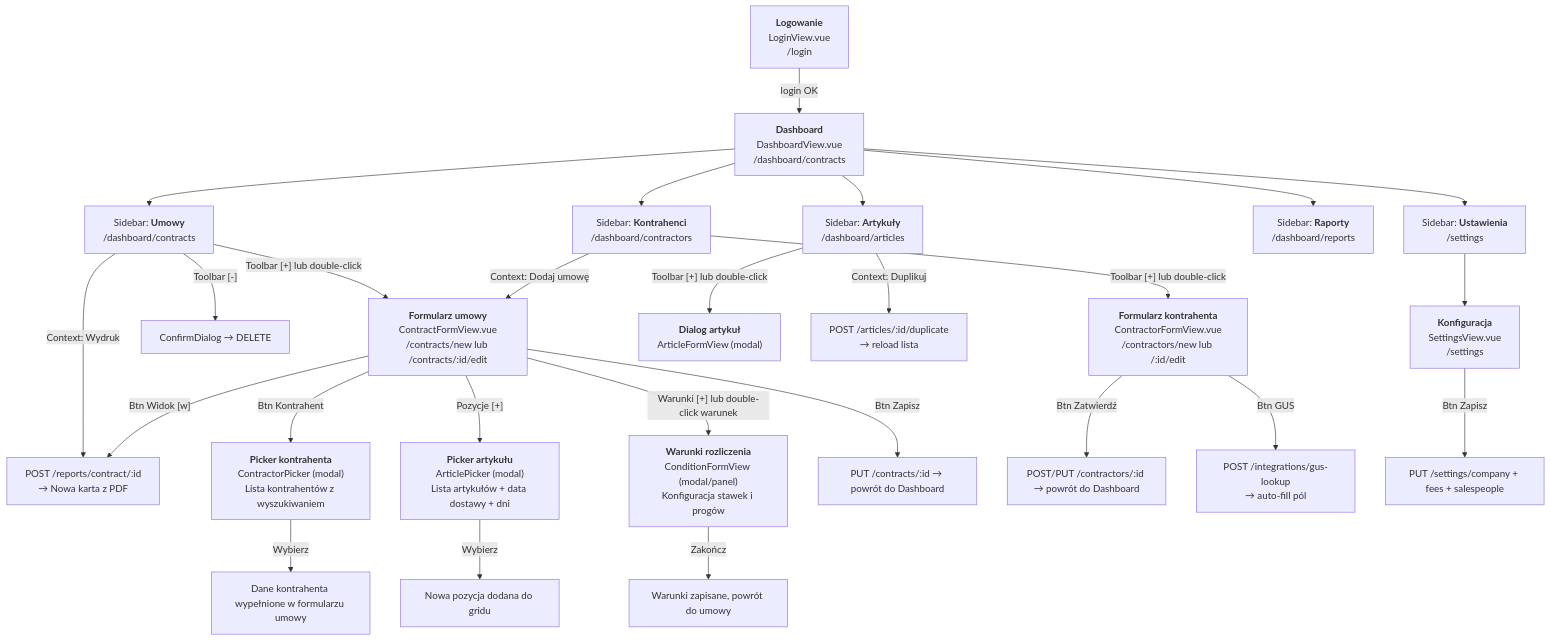
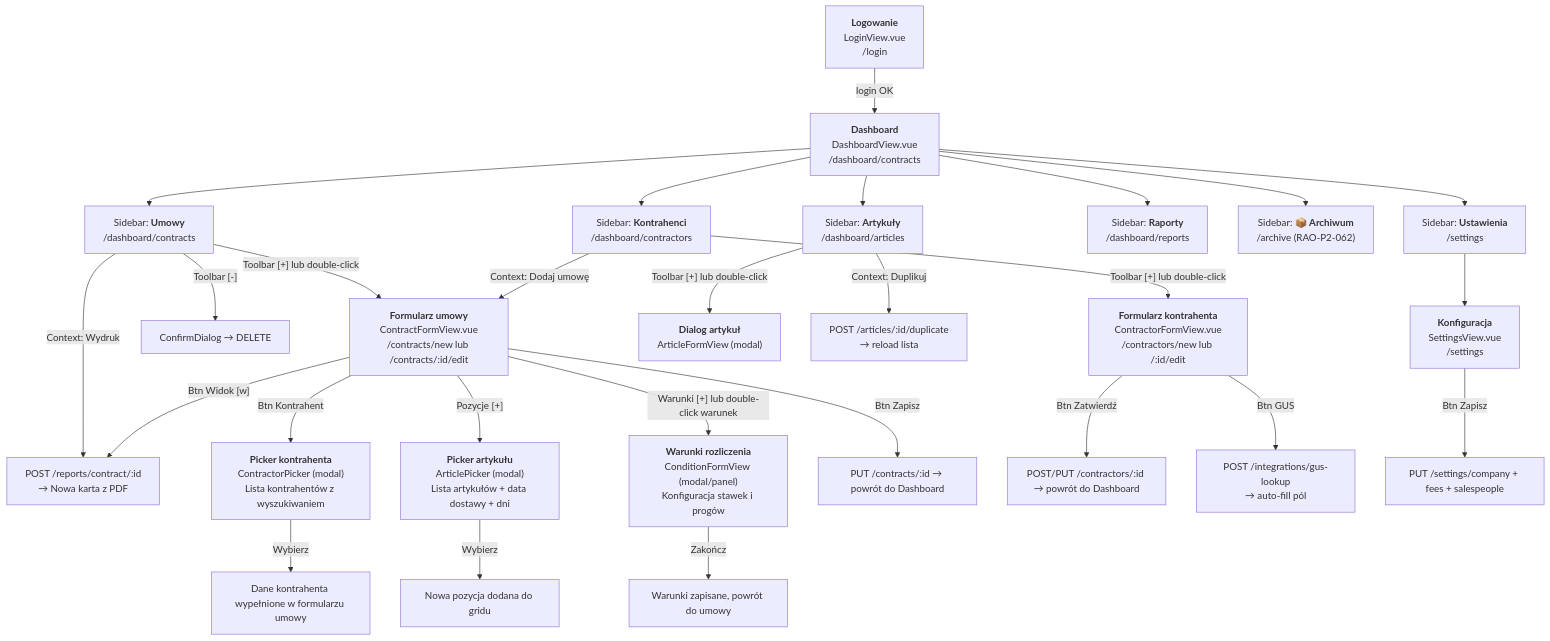
One commit to matsnd/RaoApp changed the diagram in spec/core/06_navigation_flow.md. Above: the diagram before and after it, drawn with Mermaid. The commit also changed 7 other files, not shown here.

First line of the commit message:
feat(archive): RAO-P2-062 Faza 2 — frontend ArchiveView + sidebar + spec sync

````diff
--- a/spec/core/06_navigation_flow.md
+++ b/spec/core/06_navigation_flow.md
@@ -8,36 +8,37 @@
 ```mermaid
 graph TD
     A["<b>Logowanie</b><br/>LoginView.vue<br/>/login"] -->|login OK| B["<b>Dashboard</b><br/>DashboardView.vue<br/>/dashboard/contracts"]
 
     B --> B1["Sidebar: <b>Umowy</b><br/>/dashboard/contracts"]
     B --> B2["Sidebar: <b>Kontrahenci</b><br/>/dashboard/contractors"]
     B --> B3["Sidebar: <b>Artykuły</b><br/>/dashboard/articles"]
     B --> B4["Sidebar: <b>Raporty</b><br/>/dashboard/reports"]
+    B --> B6["Sidebar: <b>📦 Archiwum</b><br/>/archive (RAO-P2-062)"]
     B --> B5["Sidebar: <b>Ustawienia</b><br/>/settings"]
 
     B1 -->|"Toolbar [+] lub double-click"| C["<b>Formularz umowy</b><br/>ContractFormView.vue<br/>/contracts/new lub /contracts/:id/edit"]
     B1 -->|"Toolbar [-]"| D["ConfirmDialog → DELETE"]
     B1 -->|"Context: Wydruk"| E["POST /reports/contract/:id<br/>→ Nowa karta z PDF"]
 
     B2 -->|"Toolbar [+] lub double-click"| F["<b>Formularz kontrahenta</b><br/>ContractorFormView.vue<br/>/contractors/new lub /:id/edit"]
     B2 -->|"Context: Dodaj umowę"| C
 
     B3 -->|"Toolbar [+] lub double-click"| G["<b>Dialog artykuł</b><br/>ArticleFormView (modal)"]
     B3 -->|"Context: Duplikuj"| H["POST /articles/:id/duplicate<br/>→ reload lista"]
 
     C -->|"Btn Kontrahent"| I["<b>Picker kontrahenta</b><br/>ContractorPicker (modal)<br/>Lista kontrahentów z wyszukiwaniem"]
     C -->|"Pozycje [+]"| J["<b>Picker artykułu</b><br/>ArticlePicker (modal)<br/>Lista artykułów + data dostawy + dni"]
     C -->|"Warunki [+] lub double-click warunek"| K["<b>Warunki rozliczenia</b><br/>ConditionFormView (modal/panel)<br/>Konfiguracja stawek i progów"]
     C -->|"Btn Widok [w]"| E
     C -->|"Btn Zapisz"| L["PUT /contracts/:id → powrót do Dashboard"]
 
     I -->|Wybierz| M["Dane kontrahenta wypełnione w formularzu umowy"]
     J -->|Wybierz| N["Nowa pozycja dodana do gridu"]
     K -->|Zakończ| O["Warunki zapisane, powrót do umowy"]
 
     F -->|"Btn Zatwierdź"| P["POST/PUT /contractors/:id → powrót do Dashboard"]
     F -->|"Btn GUS"| Q["POST /integrations/gus-lookup<br/>→ auto-fill pól"]
 
     B5 --> R["<b>Konfiguracja</b><br/>SettingsView.vue<br/>/settings"]
     R -->|"Btn Zapisz"| S["PUT /settings/company + fees + salespeople"]
 ```
````
